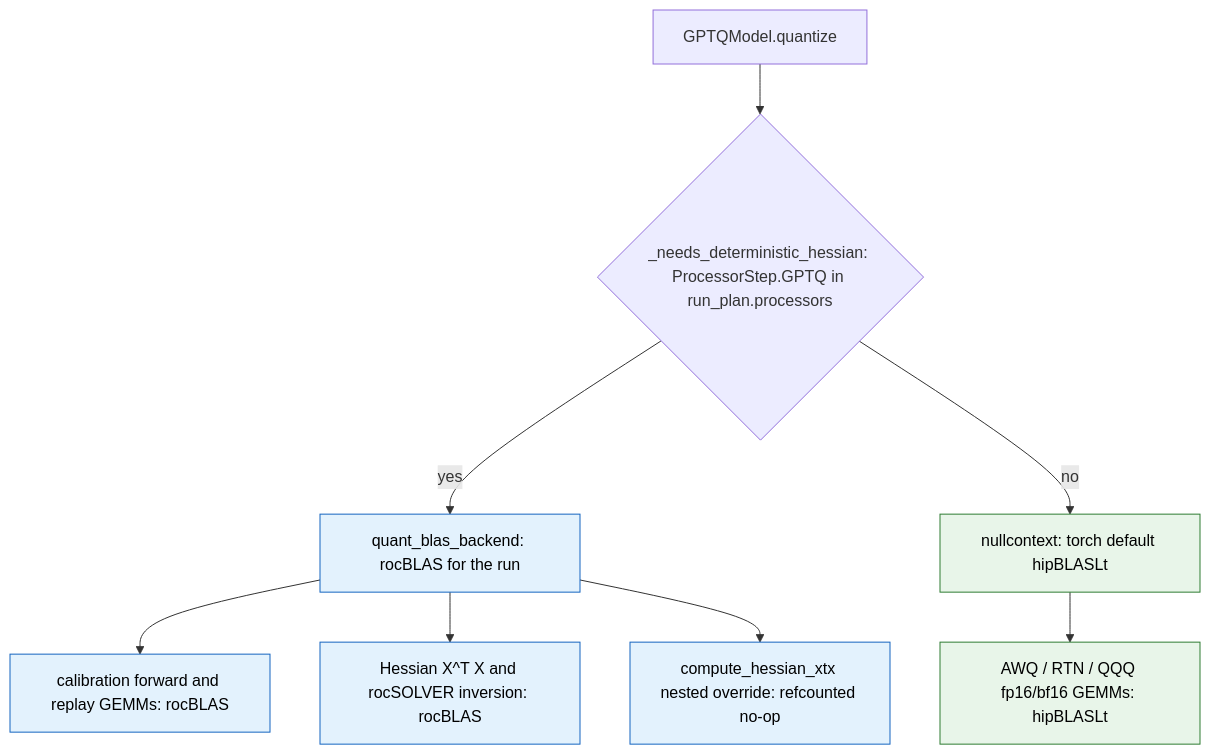
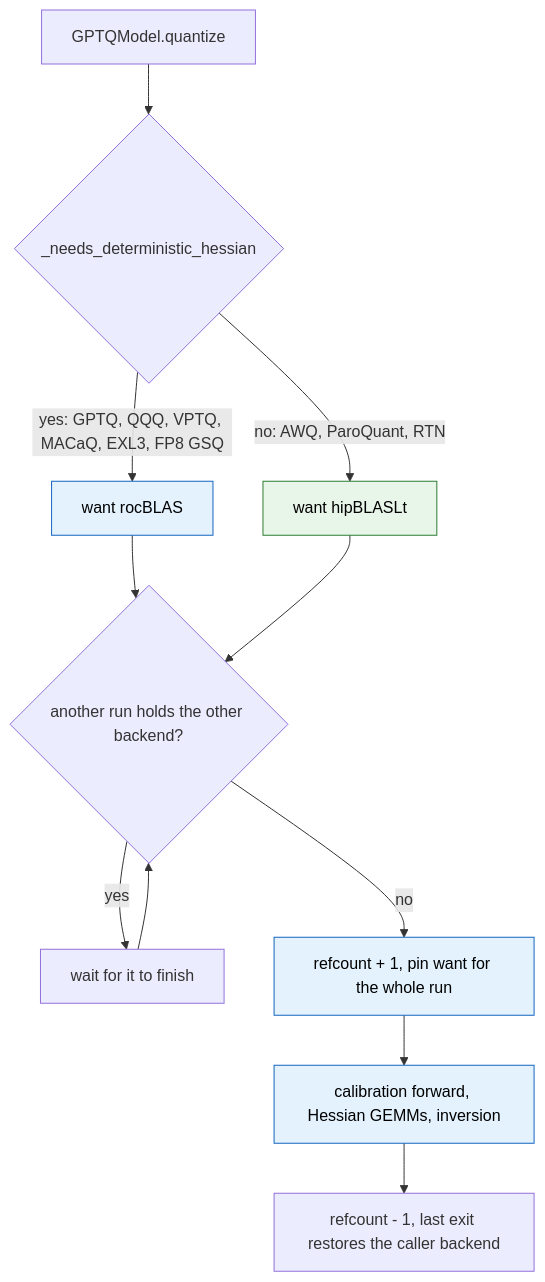
The second of 2 diagrams in docs/rocm-default-environment.md (ModelCloud/GPTQModel), drawn with Mermaid before and after one commit. The commit also changed other lines of this file and 9 other files, not shown here.

First line of the commit message:
fix(rocm): pin every Hessian builder and serialize mixed BLAS scopes (#4123)

````diff
--- a/docs/rocm-default-environment.md
+++ b/docs/rocm-default-environment.md
@@ -80,15 +107,18 @@
 ```mermaid
 flowchart TD
-    A["GPTQModel.quantize"] --> B{"_needs_deterministic_hessian: ProcessorStep.GPTQ in run_plan.processors"}
-    B -- "yes" --> C["quant_blas_backend: rocBLAS for the run"]
-    C --> D["calibration forward and replay GEMMs: rocBLAS"]
-    C --> E["Hessian X^T X and rocSOLVER inversion: rocBLAS"]
-    C --> F["compute_hessian_xtx nested override: refcounted no-op"]
-    B -- "no" --> G["nullcontext: torch default hipBLASLt"]
-    G --> H["AWQ / RTN / QQQ fp16/bf16 GEMMs: hipBLASLt"]
+    A["GPTQModel.quantize"] --> B{"_needs_deterministic_hessian"}
+    B -- "yes: GPTQ, QQQ, VPTQ, MACaQ, EXL3, FP8 GSQ" --> C["want rocBLAS"]
+    B -- "no: AWQ, ParoQuant, RTN" --> D["want hipBLASLt"]
+    C --> E{"another run holds the other backend?"}
+    D --> E
+    E -- "yes" --> F["wait for it to finish"]
+    F --> E
+    E -- "no" --> G["refcount + 1, pin want for the whole run"]
+    G --> H["calibration forward, Hessian GEMMs, inversion"]
+    H --> I["refcount - 1, last exit restores the caller backend"]
 
     classDef pin fill:#e3f2fd,stroke:#1565c0,color:#000
     classDef fast fill:#e8f5e9,stroke:#2e7d32,color:#000
-    class C,D,E,F pin
-    class G,H fast
+    class C,G,H pin
+    class D fast
 ```
````
